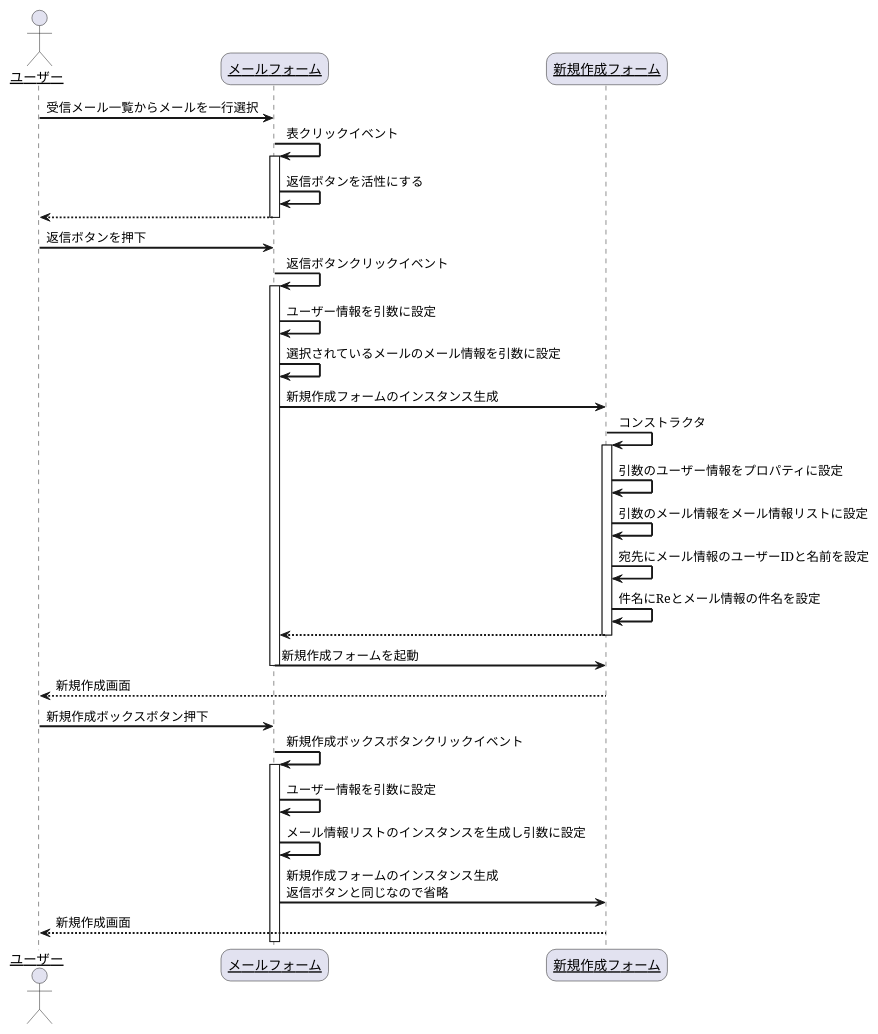
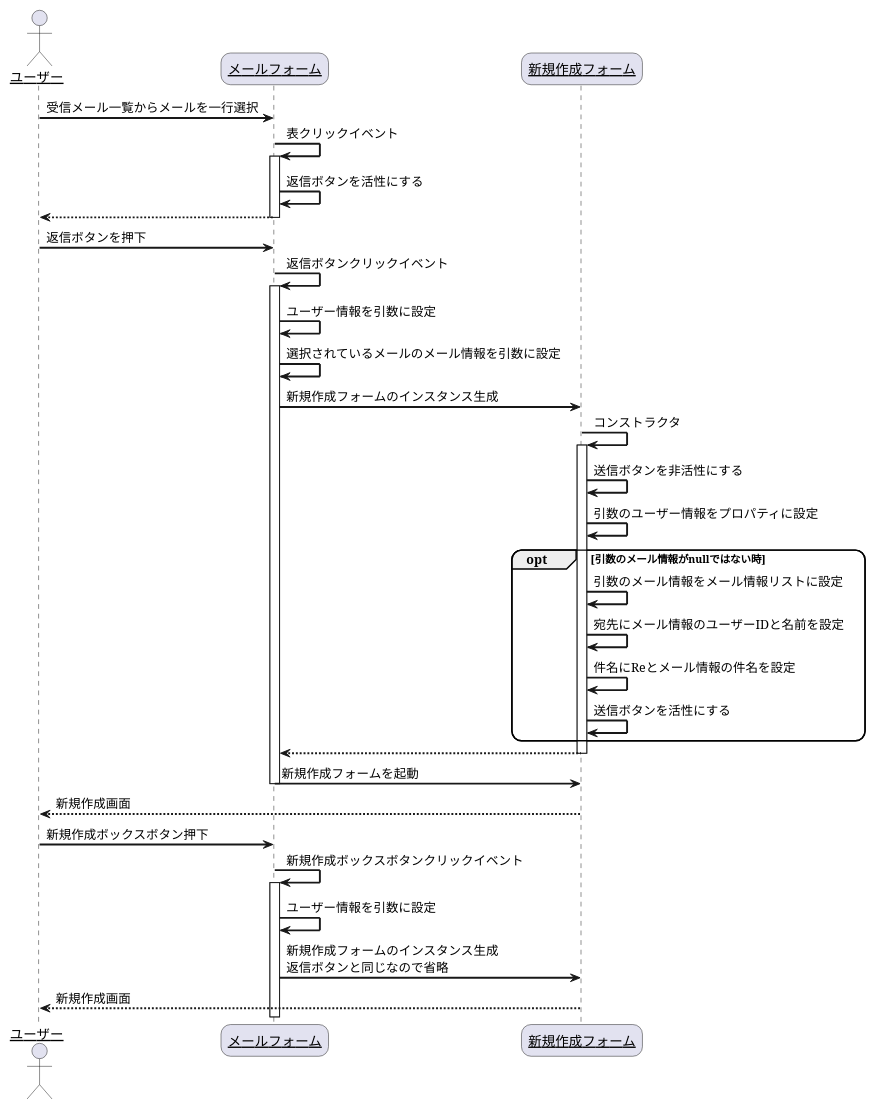
The diagram in シーケンス図/メール/メール_返信_新規作成.pu (R-SAIKI/practiceUML), drawn with PlantUML before and after one commit. The commit also changed 16 other files, not shown here.

```diff
--- a/シーケンス図/メール/メール_返信_新規作成.pu
+++ b/シーケンス図/メール/メール_返信_新規作成.pu
@@ -1,43 +1,46 @@
 @startuml
 skinparam sequenceArrowThickness 2
 skinparam roundcorner 20
 skinparam maxmessagesize 60
 skinparam sequenceParticipant underline
 
 actor "ユーザー" as user
 participant "メールフォーム" as mail_form
 participant "新規作成フォーム" as mail_create_form
 
 user -> mail_form: 受信メール一覧からメールを一行選択
 mail_form -> mail_form: 表クリックイベント
 activate mail_form
 mail_form -> mail_form: 返信ボタンを活性にする
 mail_form --> user:
 deactivate mail_form
 user -> mail_form: 返信ボタンを押下
 mail_form -> mail_form: 返信ボタンクリックイベント
 activate mail_form
 mail_form -> mail_form:ユーザー情報を引数に設定
 mail_form -> mail_form:選択されているメールのメール情報を引数に設定
 mail_form -> mail_create_form: 新規作成フォームのインスタンス生成
 mail_create_form -> mail_create_form: コンストラクタ
 activate mail_create_form
+mail_create_form -> mail_create_form: 送信ボタンを非活性にする
 mail_create_form -> mail_create_form: 引数のユーザー情報をプロパティに設定
-mail_create_form -> mail_create_form: 引数のメール情報をメール情報リストに設定
-mail_create_form -> mail_create_form: 宛先にメール情報のユーザーIDと名前を設定
-mail_create_form -> mail_create_form: 件名にReとメール情報の件名を設定
+opt 引数のメール情報がnullではない時
+    mail_create_form -> mail_create_form: 引数のメール情報をメール情報リストに設定
+    mail_create_form -> mail_create_form: 宛先にメール情報のユーザーIDと名前を設定
+    mail_create_form -> mail_create_form: 件名にReとメール情報の件名を設定
+    mail_create_form -> mail_create_form: 送信ボタンを活性にする
+end
 mail_create_form --> mail_form:
 deactivate mail_create_form
 mail_form -> mail_create_form: 新規作成フォームを起動
 deactivate mail_form
 mail_create_form --> user:新規作成画面
 
 user -> mail_form: 新規作成ボックスボタン押下
 mail_form -> mail_form: 新規作成ボックスボタンクリックイベント
 activate mail_form
 mail_form -> mail_form:ユーザー情報を引数に設定
-mail_form -> mail_form:メール情報リストのインスタンスを生成し引数に設定
 mail_form -> mail_create_form: 新規作成フォームのインスタンス生成\n返信ボタンと同じなので省略
 mail_create_form --> user:新規作成画面
 
 @enduml
```
